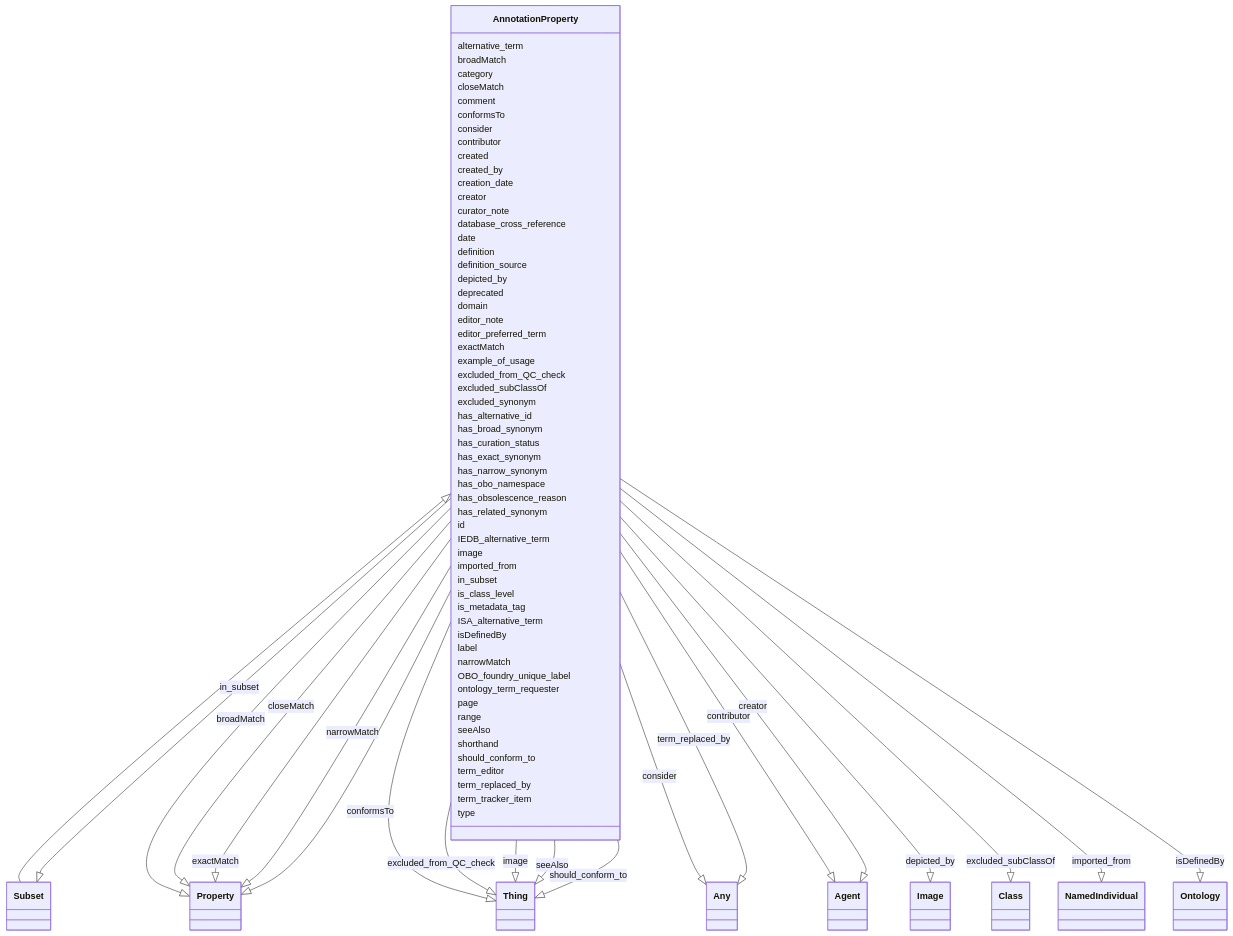
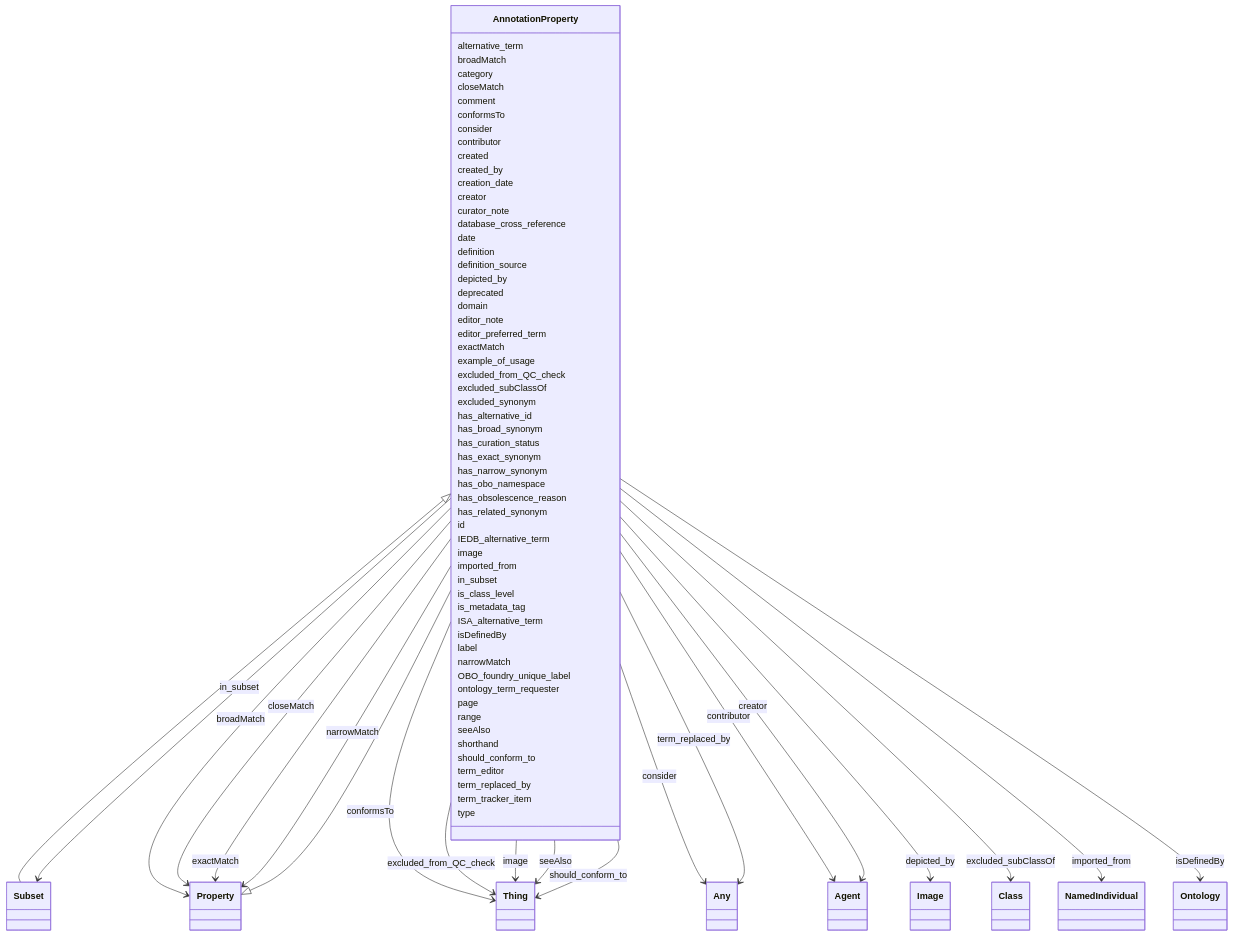
One commit to INCATools/ontology-access-kit changed the diagram in ontology-metadata/AnnotationProperty.md. Above: the diagram before and after it, drawn with Mermaid. The commit also changed 389 other files, not shown here.

```diff
--- a/ontology-metadata/AnnotationProperty.md
+++ b/ontology-metadata/AnnotationProperty.md
@@ -25,27 +25,27 @@
         
       AnnotationProperty : broadMatch
         
-          AnnotationProperty --|> Property : broadMatch
+          AnnotationProperty --> Property : broadMatch
         
       AnnotationProperty : category
         
       AnnotationProperty : closeMatch
         
-          AnnotationProperty --|> Property : closeMatch
+          AnnotationProperty --> Property : closeMatch
         
       AnnotationProperty : comment
         
       AnnotationProperty : conformsTo
         
-          AnnotationProperty --|> Thing : conformsTo
+          AnnotationProperty --> Thing : conformsTo
         
       AnnotationProperty : consider
         
-          AnnotationProperty --|> Any : consider
+          AnnotationProperty --> Any : consider
         
       AnnotationProperty : contributor
         
-          AnnotationProperty --|> Agent : contributor
+          AnnotationProperty --> Agent : contributor
         
       AnnotationProperty : created
         
@@ -55,7 +55,7 @@
         
       AnnotationProperty : creator
         
-          AnnotationProperty --|> Agent : creator
+          AnnotationProperty --> Agent : creator
         
       AnnotationProperty : curator_note
         
@@ -69,7 +69,7 @@
         
       AnnotationProperty : depicted_by
         
-          AnnotationProperty --|> Image : depicted_by
+          AnnotationProperty --> Image : depicted_by
         
       AnnotationProperty : deprecated
         
@@ -81,17 +81,17 @@
         
       AnnotationProperty : exactMatch
         
-          AnnotationProperty --|> Property : exactMatch
+          AnnotationProperty --> Property : exactMatch
         
       AnnotationProperty : example_of_usage
         
       AnnotationProperty : excluded_from_QC_check
         
-          AnnotationProperty --|> Thing : excluded_from_QC_check
+          AnnotationProperty --> Thing : excluded_from_QC_check
         
       AnnotationProperty : excluded_subClassOf
         
-          AnnotationProperty --|> Class : excluded_subClassOf
+          AnnotationProperty --> Class : excluded_subClassOf
         
       AnnotationProperty : excluded_synonym
         
@@ -117,15 +117,15 @@
         
       AnnotationProperty : image
         
-          AnnotationProperty --|> Thing : image
+          AnnotationProperty --> Thing : image
         
       AnnotationProperty : imported_from
         
-          AnnotationProperty --|> NamedIndividual : imported_from
+          AnnotationProperty --> NamedIndividual : imported_from
         
       AnnotationProperty : in_subset
         
-          AnnotationProperty --|> Subset : in_subset
+          AnnotationProperty --> Subset : in_subset
         
       AnnotationProperty : is_class_level
         
@@ -135,13 +135,13 @@
         
       AnnotationProperty : isDefinedBy
         
-          AnnotationProperty --|> Ontology : isDefinedBy
+          AnnotationProperty --> Ontology : isDefinedBy
         
       AnnotationProperty : label
         
       AnnotationProperty : narrowMatch
         
-          AnnotationProperty --|> Property : narrowMatch
+          AnnotationProperty --> Property : narrowMatch
         
       AnnotationProperty : OBO_foundry_unique_label
         
@@ -153,19 +153,19 @@
         
       AnnotationProperty : seeAlso
         
-          AnnotationProperty --|> Thing : seeAlso
+          AnnotationProperty --> Thing : seeAlso
         
       AnnotationProperty : shorthand
         
       AnnotationProperty : should_conform_to
         
-          AnnotationProperty --|> Thing : should_conform_to
+          AnnotationProperty --> Thing : should_conform_to
         
       AnnotationProperty : term_editor
         
       AnnotationProperty : term_replaced_by
         
-          AnnotationProperty --|> Any : term_replaced_by
+          AnnotationProperty --> Any : term_replaced_by
         
       AnnotationProperty : term_tracker_item
         
```
